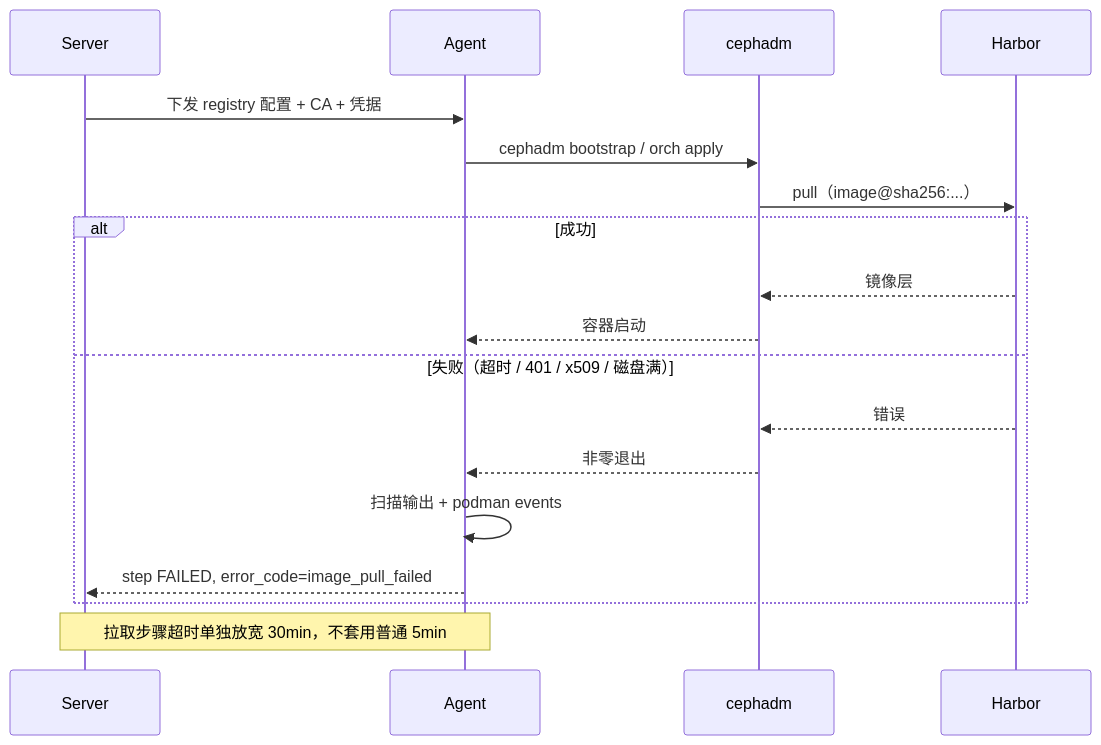
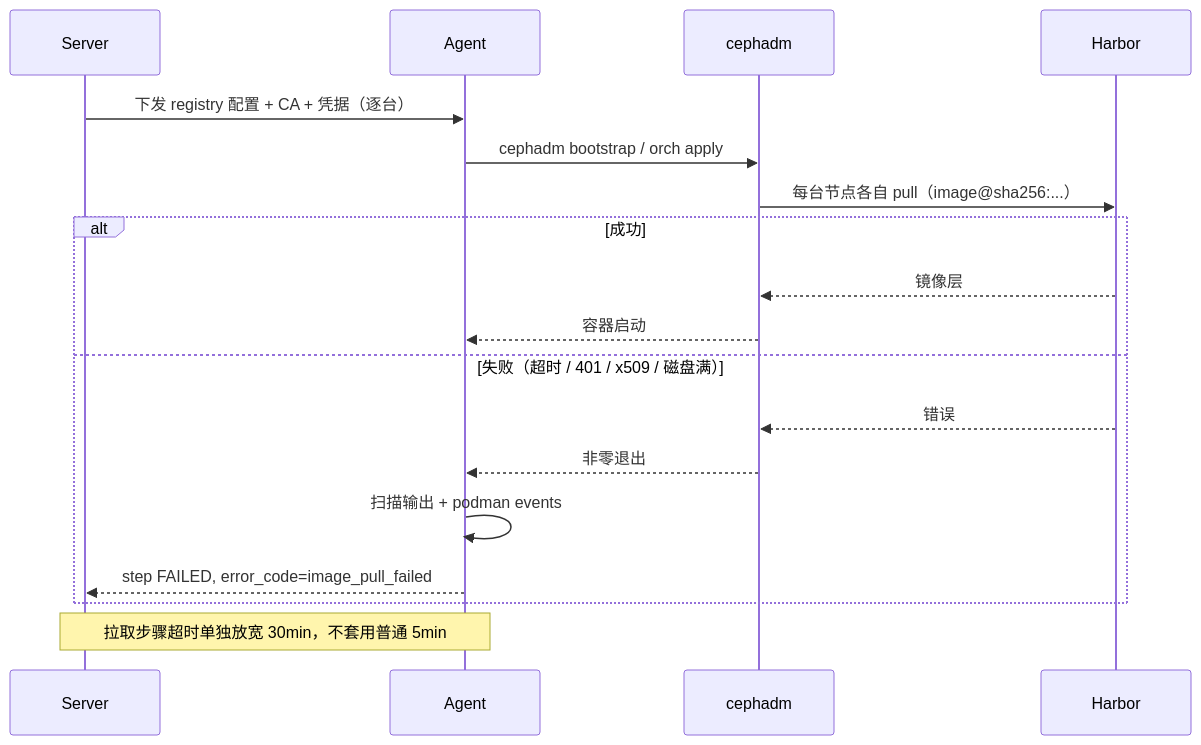
Before and after one commit to lnsyyj/winter: the tenth of 19 diagrams in docs/02-研发线/04-架构师/架构时序与数据流图册.md, drawn with Mermaid. The commit also changed other lines of this file and 6 other files, not shown here.

````diff
--- a/docs/02-研发线/04-架构师/架构时序与数据流图册.md
+++ b/docs/02-研发线/04-架构师/架构时序与数据流图册.md
@@ -303,21 +303,21 @@
 ```mermaid
 sequenceDiagram
     participant S as Server
     participant A as Agent
     participant CE as cephadm
     participant HR as Harbor
 
-    S->>A: 下发 registry 配置 + CA + 凭据
+    S->>A: 下发 registry 配置 + CA + 凭据（逐台）
     A->>CE: cephadm bootstrap / orch apply
-    CE->>HR: pull（image@sha256:...）
+    CE->>HR: 每台节点各自 pull（image@sha256:...）
     alt 成功
         HR-->>CE: 镜像层
         CE-->>A: 容器启动
     else 失败（超时 / 401 / x509 / 磁盘满）
         HR-->>CE: 错误
         CE-->>A: 非零退出
         A->>A: 扫描输出 + podman events
         A-->>S: step FAILED, error_code=image_pull_failed
     end
     Note over S,A: 拉取步骤超时单独放宽 30min，不套用普通 5min
 ```
````
